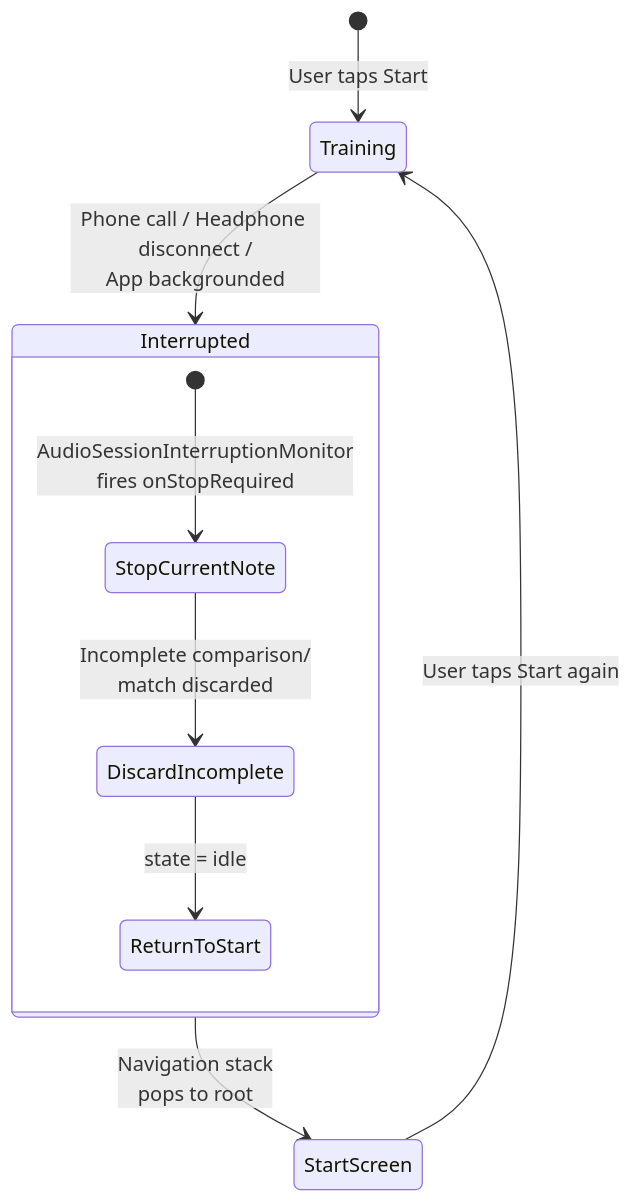
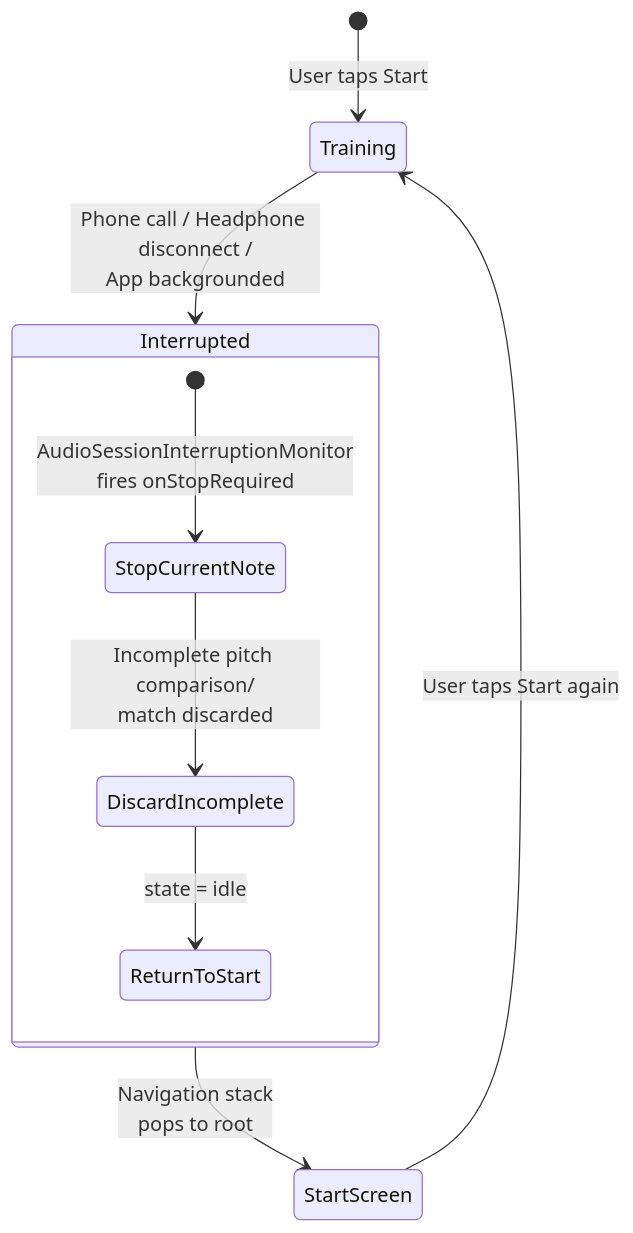
One commit to mschuerig/peach changed the fourth of 4 diagrams in docs/arc42/06-runtime-view.md. Above: the diagram before and after it, drawn with Mermaid. The commit also changed other lines of this file and 120 other files, not shown here.

First line of the commit message:
Rename Comparison to PitchComparison across entire codebase

````diff
--- a/docs/arc42/06-runtime-view.md
+++ b/docs/arc42/06-runtime-view.md
@@ -141,16 +141,16 @@
 ```mermaid
 stateDiagram-v2
     [*] --> Training : User taps Start
 
     Training --> Interrupted : Phone call / Headphone disconnect /<br>App backgrounded
 
     state Interrupted {
         [*] --> StopCurrentNote : AudioSessionInterruptionMonitor<br>fires onStopRequired
-        StopCurrentNote --> DiscardIncomplete : Incomplete comparison/<br>match discarded
+        StopCurrentNote --> DiscardIncomplete : Incomplete pitch comparison/<br>match discarded
         DiscardIncomplete --> ReturnToStart : state = idle
     }
 
     Interrupted --> StartScreen : Navigation stack<br>pops to root
 
     StartScreen --> Training : User taps Start again
 ```
````
